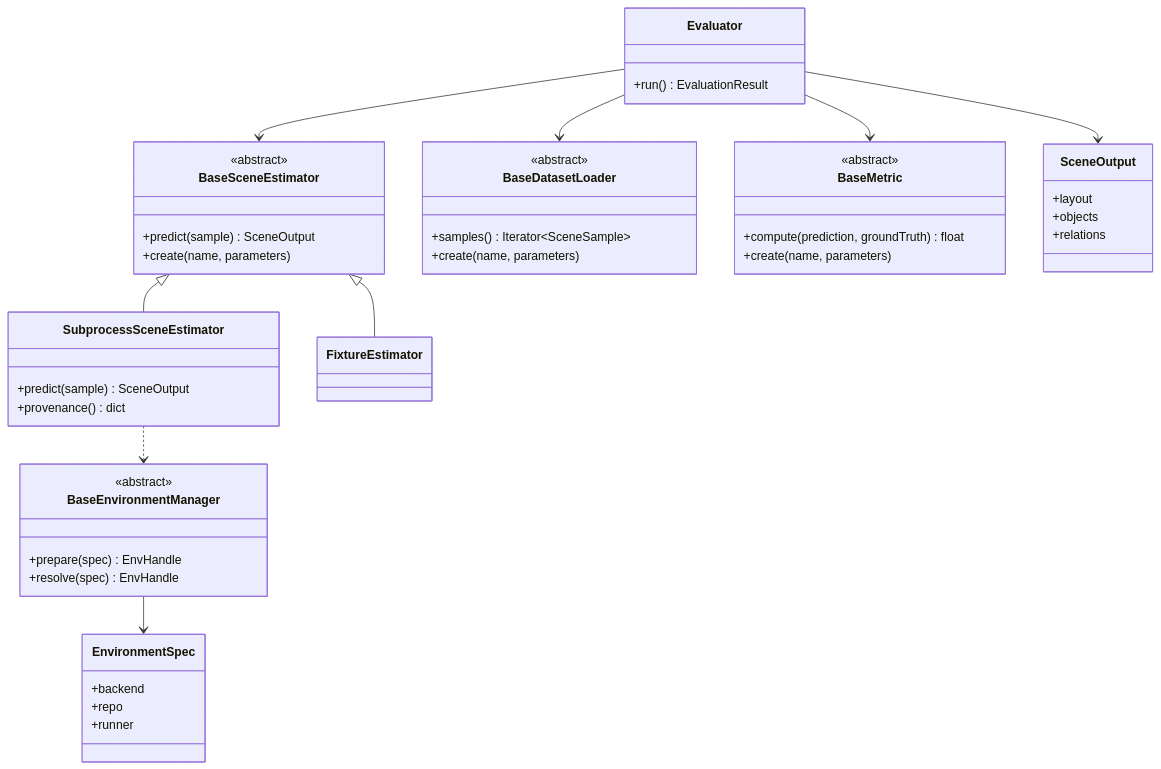
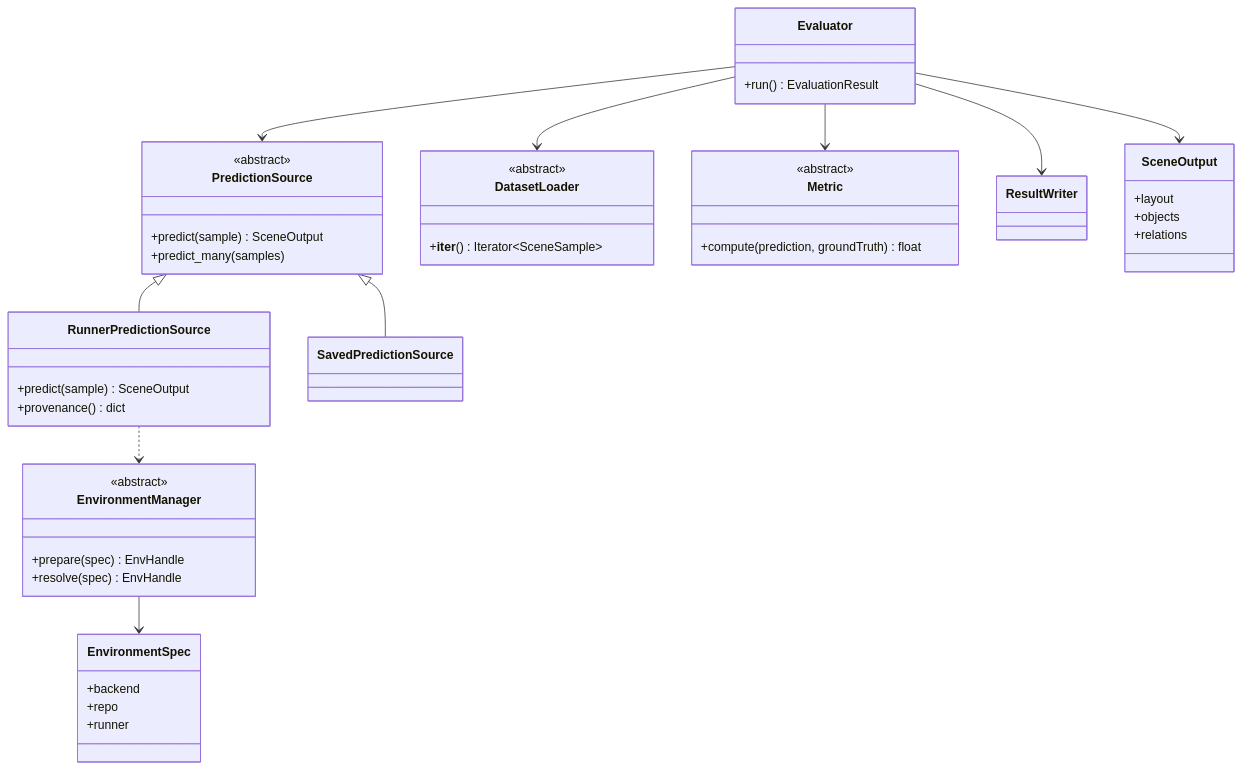
Before and after one commit to HoloPano-dissertation/pano3dbench: the first of 2 diagrams in docs/architecture.md, drawn with Mermaid. The commit also changed other lines of this file and 106 other files, not shown here.

````diff
--- a/docs/architecture.md
+++ b/docs/architecture.md
@@ -45,50 +65,50 @@
 ```mermaid
 classDiagram
-    class BaseSceneEstimator {
+    class PredictionSource {
         <<abstract>>
         +predict(sample) SceneOutput
-        +create(name, parameters)
+        +predict_many(samples)
     }
-    class SubprocessSceneEstimator {
+    class RunnerPredictionSource {
         +predict(sample) SceneOutput
         +provenance() dict
     }
-    class FixtureEstimator
-    class BaseDatasetLoader {
+    class SavedPredictionSource
+    class DatasetLoader {
         <<abstract>>
-        +samples() Iterator~SceneSample~
-        +create(name, parameters)
+        +__iter__() Iterator~SceneSample~
     }
-    class BaseMetric {
+    class Metric {
         <<abstract>>
         +compute(prediction, groundTruth) float
-        +create(name, parameters)
     }
     class Evaluator {
         +run() EvaluationResult
     }
+    class ResultWriter
     class SceneOutput {
         +layout
         +objects
         +relations
     }
-    class BaseEnvironmentManager {
+    class EnvironmentManager {
         <<abstract>>
         +prepare(spec) EnvHandle
         +resolve(spec) EnvHandle
     }
     class EnvironmentSpec {
         +backend
         +repo
         +runner
     }
 
-    BaseSceneEstimator <|-- SubprocessSceneEstimator
-    BaseSceneEstimator <|-- FixtureEstimator
-    Evaluator --> BaseSceneEstimator
-    Evaluator --> BaseDatasetLoader
-    Evaluator --> BaseMetric
+    PredictionSource <|-- RunnerPredictionSource
+    PredictionSource <|-- SavedPredictionSource
+    Evaluator --> DatasetLoader
+    Evaluator --> PredictionSource
+    Evaluator --> Metric
+    Evaluator --> ResultWriter
     Evaluator --> SceneOutput
-    SubprocessSceneEstimator ..> BaseEnvironmentManager
-    BaseEnvironmentManager --> EnvironmentSpec
+    RunnerPredictionSource ..> EnvironmentManager
+    EnvironmentManager --> EnvironmentSpec
 ```
````
